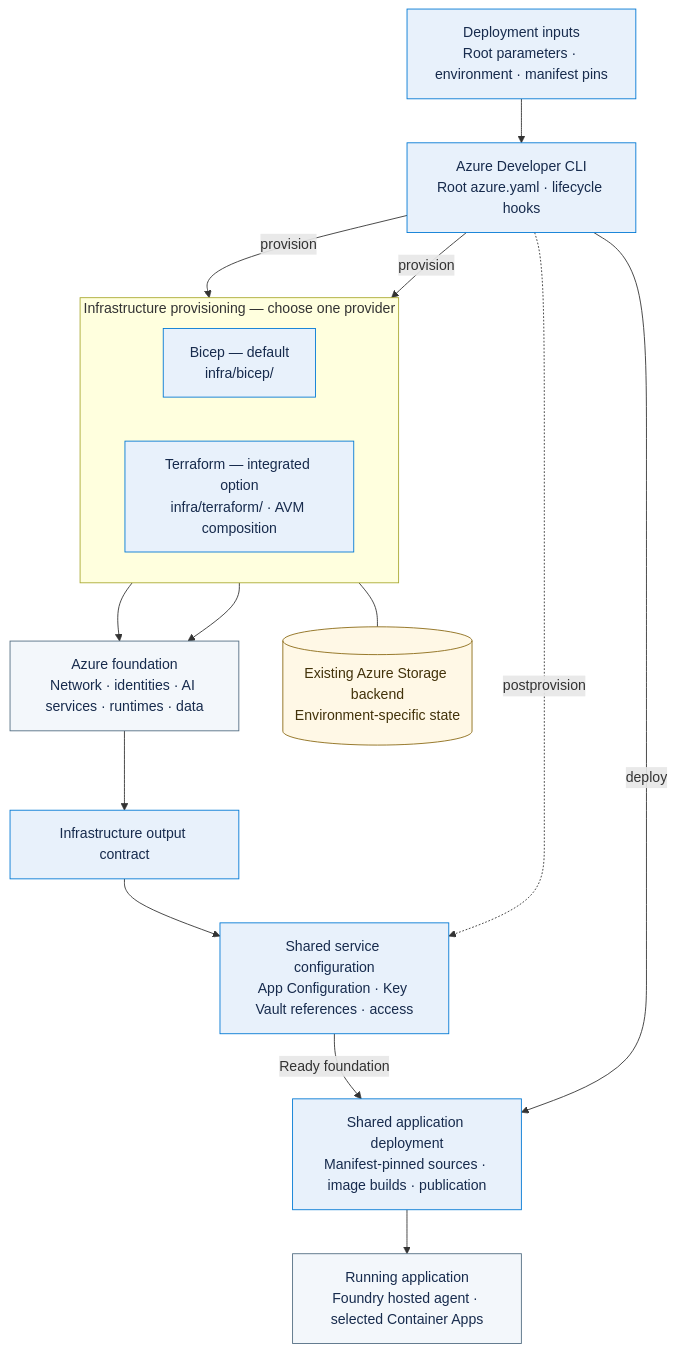
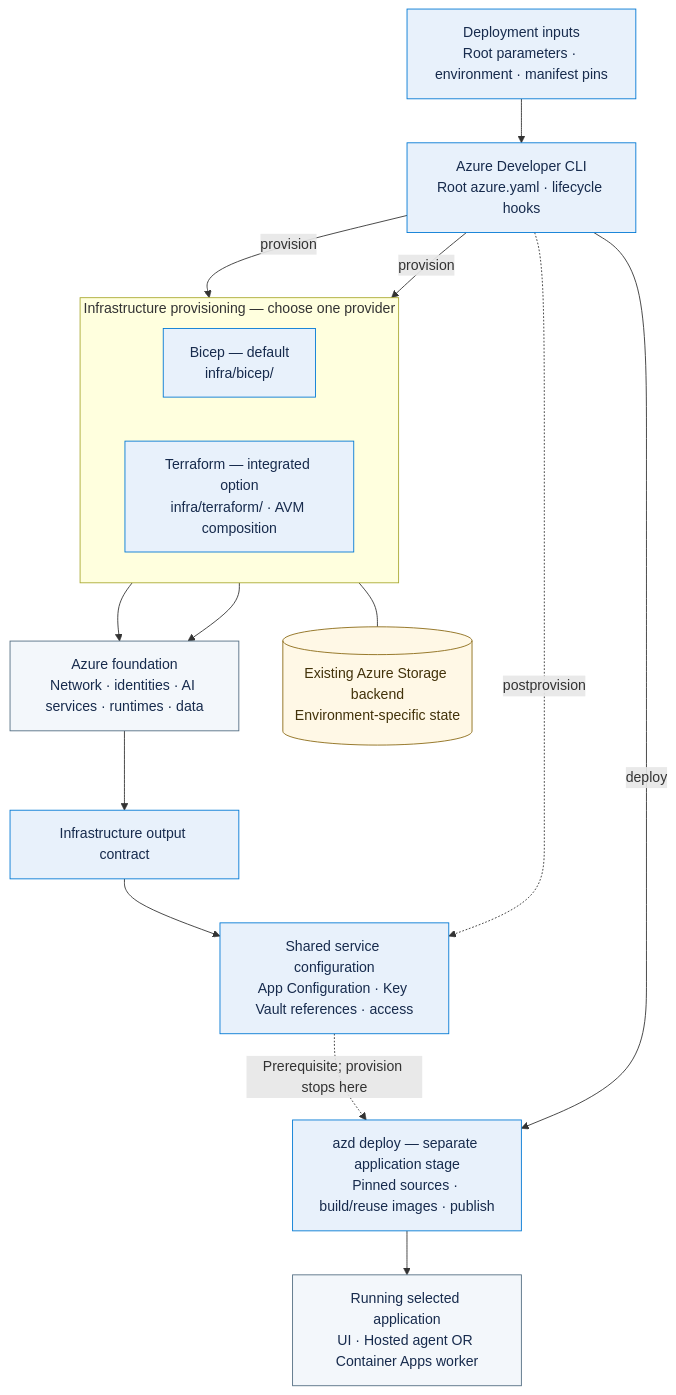
Before and after one commit to Azure/AI-Landing-Zones: the diagram in docs/agent-landing-zone/terraform.md, drawn with Mermaid. The commit also changed 27 other files, not shown here.

Commit message:
docs: align Agent Landing Zone diagrams with shipped behavior

````diff
--- a/docs/agent-landing-zone/terraform.md
+++ b/docs/agent-landing-zone/terraform.md
@@ -20,38 +20,38 @@
 ```mermaid
 flowchart TB
     inputs["Deployment inputs<br/>Root parameters · environment · manifest pins"]
     azd["Azure Developer CLI<br/>Root azure.yaml · lifecycle hooks"]
 
     subgraph infrastructure["Infrastructure provisioning — choose one provider"]
         direction LR
         bicep["Bicep — default<br/>infra/bicep/"]
         terraform["Terraform — integrated option<br/>infra/terraform/ · AVM composition"]
     end
 
     foundation["Azure foundation<br/>Network · identities · AI services · runtimes · data"]
     outputs["Infrastructure output contract"]
     configuration["Shared service configuration<br/>App Configuration · Key Vault references · access"]
-    deploy["Shared application deployment<br/>Manifest-pinned sources · image builds · publication"]
-    application["Running application<br/>Foundry hosted agent · selected Container Apps"]
+    deploy["azd deploy — separate application stage<br/>Pinned sources · build/reuse images · publish"]
+    application["Running selected application<br/>UI · Hosted agent OR Container Apps worker"]
     state[("Existing Azure Storage backend<br/>Environment-specific state")]
 
     inputs --> azd
     azd -->|"provision"| bicep
     azd -->|"provision"| terraform
     bicep --> foundation
     terraform --> foundation
     terraform --- state
     foundation --> outputs
     outputs --> configuration
     azd -.->|"postprovision"| configuration
-    configuration -->|"Ready foundation"| deploy
+    configuration -.->|"Prerequisite; provision stops here"| deploy
     azd -->|"deploy"| deploy
     deploy --> application
 
     classDef control fill:#e8f1fb,stroke:#0078d4,color:#172b4d
     classDef azure fill:#f3f7fb,stroke:#526d82,color:#172b4d
     classDef storage fill:#fff8e6,stroke:#8a6914,color:#42320a
     class inputs,azd,bicep,terraform,outputs,configuration,deploy control
     class foundation,application azure
     class state storage
 ```
````
